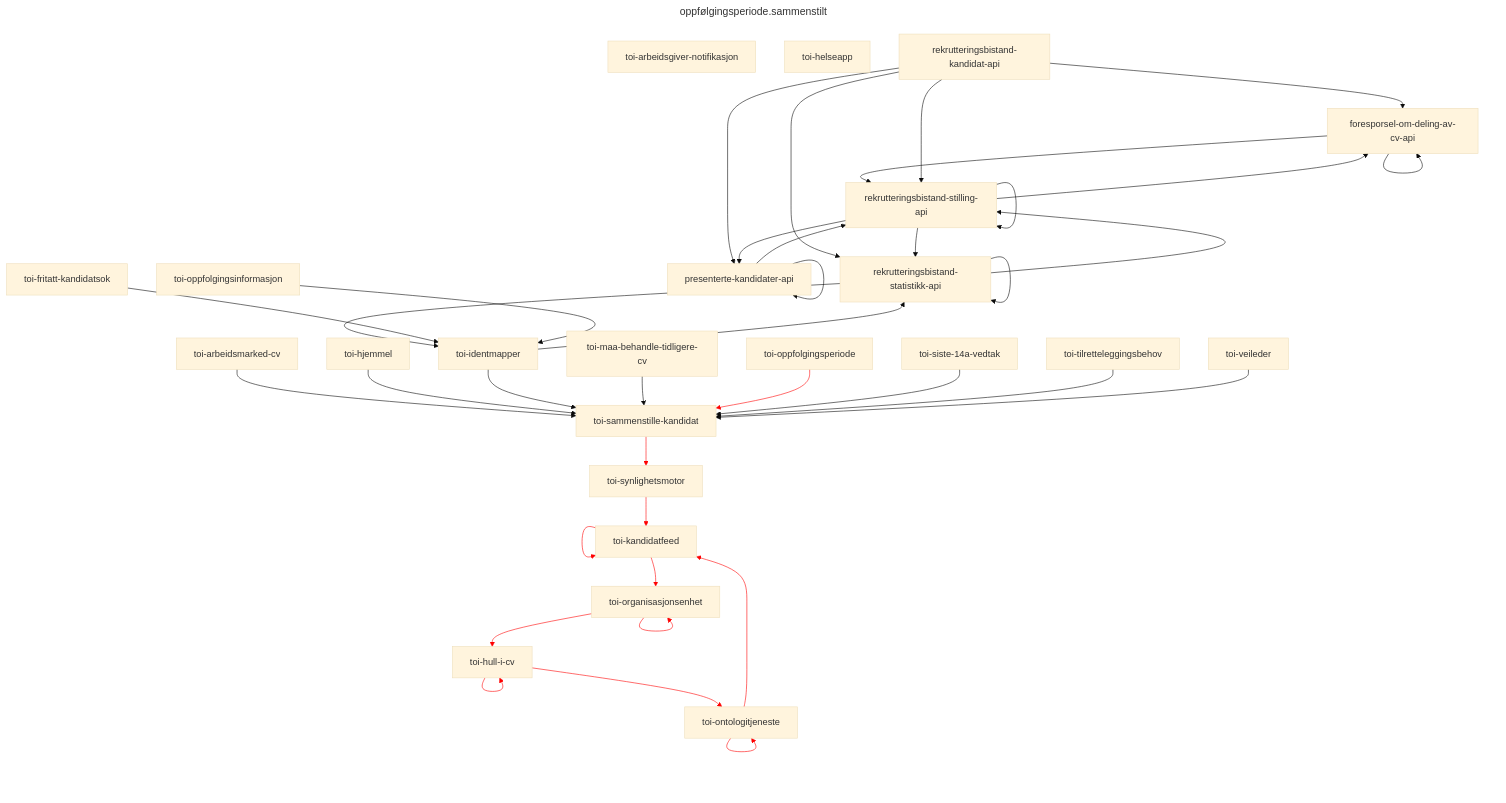
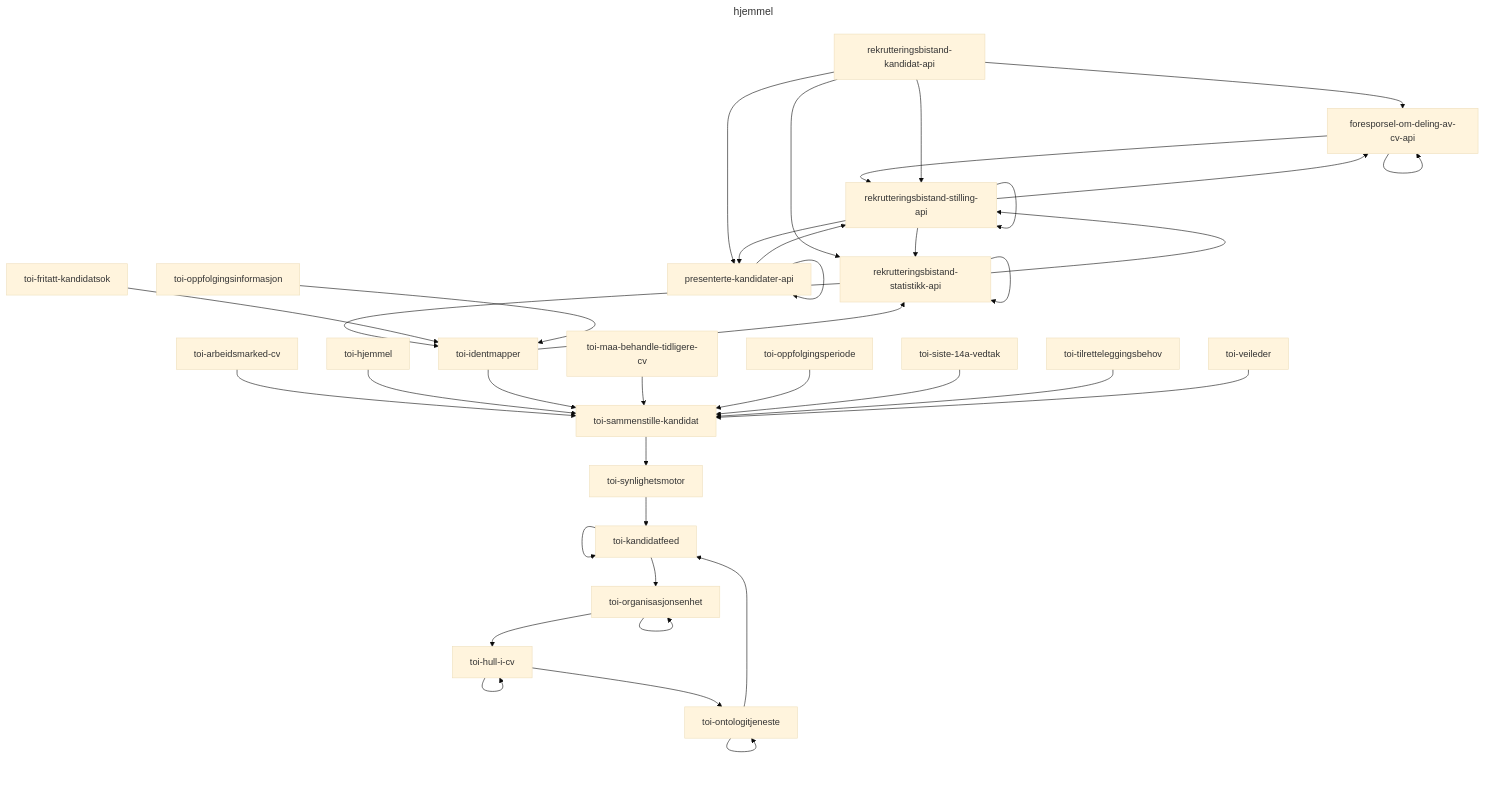
The eighth of 34 diagrams in README.md (navikt/toi-rapids-and-rivers-grapher), drawn with Mermaid (base theme) before and after one commit. The commit also changed other lines of this file, not shown here.

````diff
--- a/README.md
+++ b/README.md
@@ -353,56 +313,44 @@
 ```mermaid
 ---
-title: oppfølgingsperiode.sammenstilt
+title: hjemmel
 ---
 graph TD;
-toi-arbeidsgiver-notifikasjon;
-toi-helseapp;
 foresporsel-om-deling-av-cv-api --> foresporsel-om-deling-av-cv-api;
 foresporsel-om-deling-av-cv-api --> rekrutteringsbistand-stilling-api;
 presenterte-kandidater-api --> presenterte-kandidater-api;
 presenterte-kandidater-api --> rekrutteringsbistand-stilling-api;
 rekrutteringsbistand-kandidat-api --> foresporsel-om-deling-av-cv-api;
 rekrutteringsbistand-kandidat-api --> presenterte-kandidater-api;
 rekrutteringsbistand-kandidat-api --> rekrutteringsbistand-statistikk-api;
 rekrutteringsbistand-kandidat-api --> rekrutteringsbistand-stilling-api;
 rekrutteringsbistand-statistikk-api --> rekrutteringsbistand-statistikk-api;
 rekrutteringsbistand-statistikk-api --> rekrutteringsbistand-stilling-api;
 rekrutteringsbistand-statistikk-api --> toi-identmapper;
 rekrutteringsbistand-stilling-api --> foresporsel-om-deling-av-cv-api;
 rekrutteringsbistand-stilling-api --> presenterte-kandidater-api;
 rekrutteringsbistand-stilling-api --> rekrutteringsbistand-statistikk-api;
 rekrutteringsbistand-stilling-api --> rekrutteringsbistand-stilling-api;
 toi-arbeidsmarked-cv --> toi-sammenstille-kandidat;
 toi-fritatt-kandidatsok --> toi-identmapper;
 toi-hjemmel --> toi-sammenstille-kandidat;
 toi-hull-i-cv --> toi-hull-i-cv;
 toi-hull-i-cv --> toi-ontologitjeneste;
 toi-identmapper --> rekrutteringsbistand-statistikk-api;
 toi-identmapper --> toi-sammenstille-kandidat;
 toi-kandidatfeed --> toi-kandidatfeed;
 toi-kandidatfeed --> toi-organisasjonsenhet;
 toi-maa-behandle-tidligere-cv --> toi-sammenstille-kandidat;
 toi-ontologitjeneste --> toi-kandidatfeed;
 toi-ontologitjeneste --> toi-ontologitjeneste;
 toi-oppfolgingsinformasjon --> toi-identmapper;
 toi-oppfolgingsperiode --> toi-sammenstille-kandidat;
 toi-organisasjonsenhet --> toi-hull-i-cv;
 toi-organisasjonsenhet --> toi-organisasjonsenhet;
 toi-sammenstille-kandidat --> toi-synlighetsmotor;
 toi-siste-14a-vedtak --> toi-sammenstille-kandidat;
 toi-synlighetsmotor --> toi-kandidatfeed;
 toi-tilretteleggingsbehov --> toi-sammenstille-kandidat;
 toi-veileder --> toi-sammenstille-kandidat;
 
-linkStyle 18 stroke:red;
-linkStyle 19 stroke:red;
-linkStyle 22 stroke:red;
-linkStyle 23 stroke:red;
-linkStyle 25 stroke:red;
-linkStyle 26 stroke:red;
-linkStyle 28 stroke:red;
-linkStyle 29 stroke:red;
-linkStyle 30 stroke:red;
-linkStyle 31 stroke:red;
-linkStyle 33 stroke:red;
+
 ```
````
